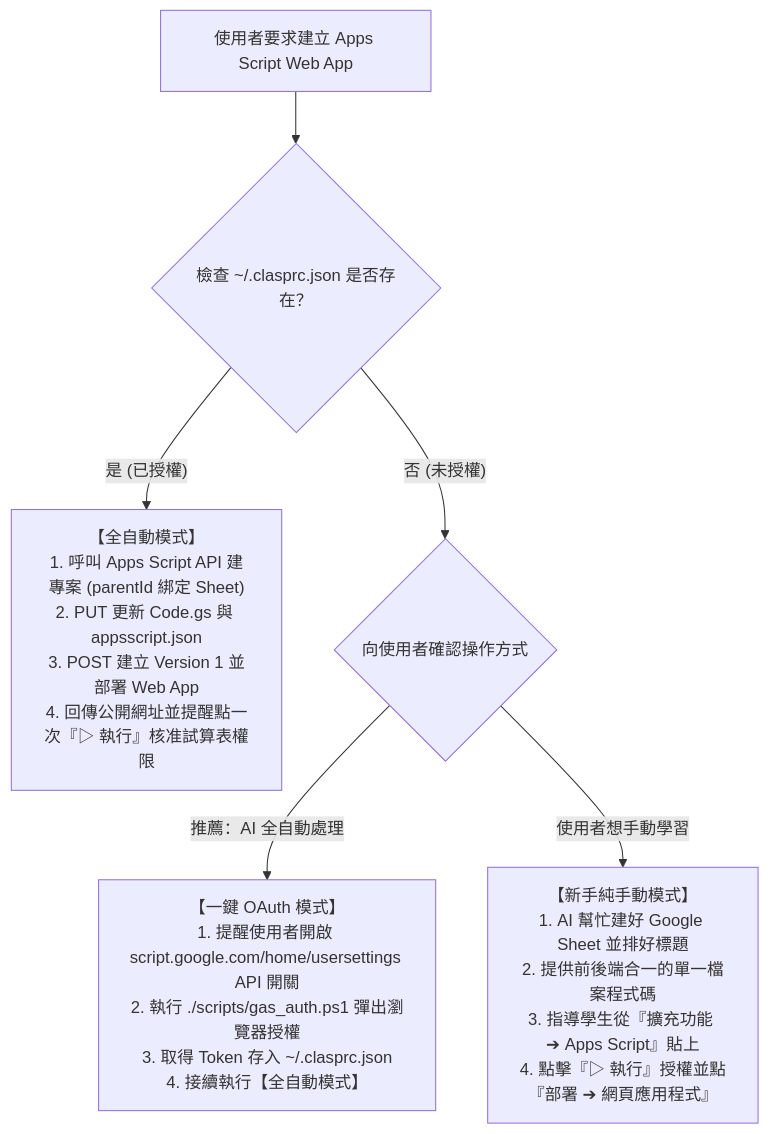
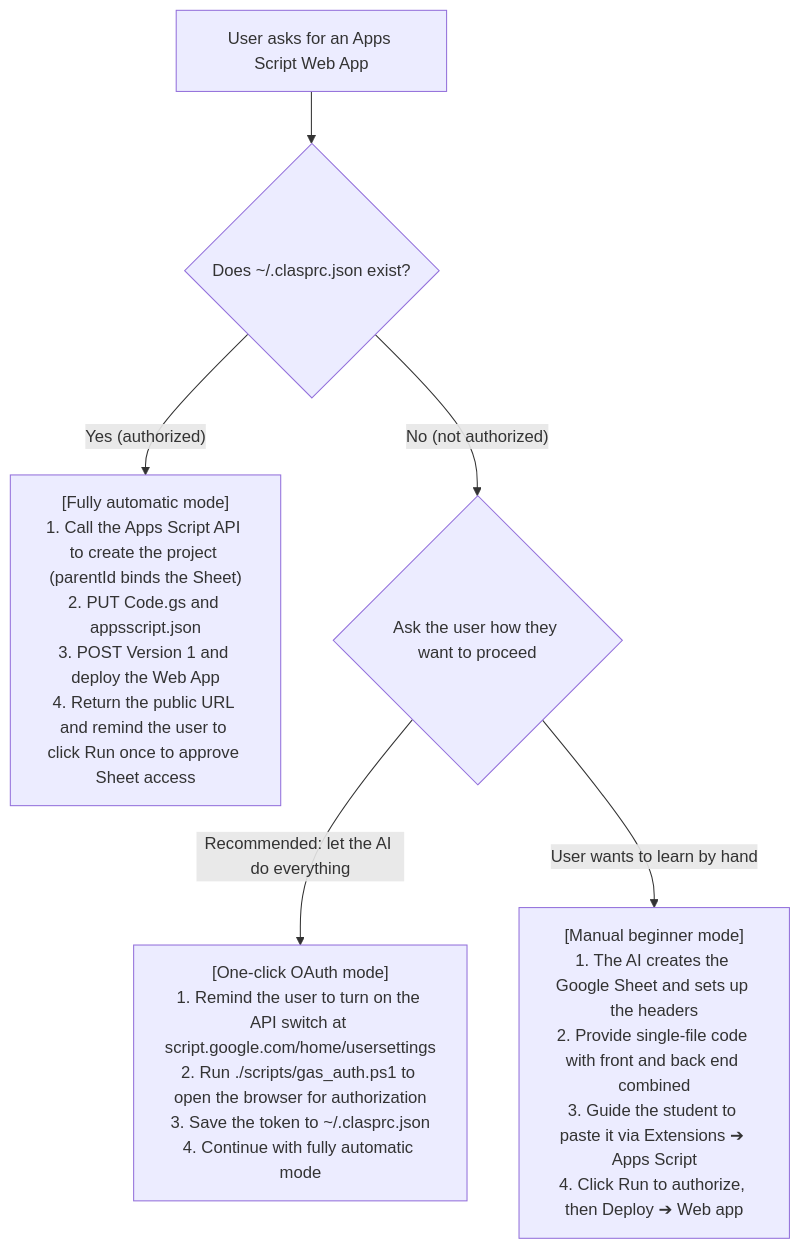
The diagram in SKILL.md (nutcelvischen-jpg/appscript_skill), drawn with Mermaid before and after one commit. The commit also changed other lines of this file and 4 other files, not shown here.

First line of the commit message:
English version of the Apps Script skill

````diff
--- a/SKILL.md
+++ b/SKILL.md
@@ -29,12 +29,12 @@
 ```mermaid
 flowchart TD
-    Start["使用者要求建立 Apps Script Web App"] --> CheckAuth{"檢查 ~/.clasprc.json 是否存在？"}
-    
-    CheckAuth -- "是 (已授權)" --> StepAuto["【全自動模式】<br>1. 呼叫 Apps Script API 建專案 (parentId 綁定 Sheet)<br>2. PUT 更新 Code.gs 與 appsscript.json<br>3. POST 建立 Version 1 並部署 Web App<br>4. 回傳公開網址並提醒點一次『▷ 執行』核准試算表權限"]
-    
-    CheckAuth -- "否 (未授權)" --> AskMode{"向使用者確認操作方式"}
-    
-    AskMode -- "推薦：AI 全自動處理" --> StepOAuth["【一鍵 OAuth 模式】<br>1. 提醒使用者開啟 script.google.com/home/usersettings API 開關<br>2. 執行 ./scripts/gas_auth.ps1 彈出瀏覽器授權<br>3. 取得 Token 存入 ~/.clasprc.json<br>4. 接續執行【全自動模式】"]
-    
-    AskMode -- "使用者想手動學習" --> StepManual["【新手純手動模式】<br>1. AI 幫忙建好 Google Sheet 並排好標題<br>2. 提供前後端合一的單一檔案程式碼<br>3. 指導學生從『擴充功能 ➔ Apps Script』貼上<br>4. 點擊『▷ 執行』授權並點『部署 ➔ 網頁應用程式』"]
+    Start["User asks for an Apps Script Web App"] --> CheckAuth{"Does ~/.clasprc.json exist?"}
+
+    CheckAuth -- "Yes (authorized)" --> StepAuto["[Fully automatic mode]<br>1. Call the Apps Script API to create the project (parentId binds the Sheet)<br>2. PUT Code.gs and appsscript.json<br>3. POST Version 1 and deploy the Web App<br>4. Return the public URL and remind the user to click Run once to approve Sheet access"]
+
+    CheckAuth -- "No (not authorized)" --> AskMode{"Ask the user how they want to proceed"}
+
+    AskMode -- "Recommended: let the AI do everything" --> StepOAuth["[One-click OAuth mode]<br>1. Remind the user to turn on the API switch at script.google.com/home/usersettings<br>2. Run ./scripts/gas_auth.ps1 to open the browser for authorization<br>3. Save the token to ~/.clasprc.json<br>4. Continue with fully automatic mode"]
+
+    AskMode -- "User wants to learn by hand" --> StepManual["[Manual beginner mode]<br>1. The AI creates the Google Sheet and sets up the headers<br>2. Provide single-file code with front and back end combined<br>3. Guide the student to paste it via Extensions ➔ Apps Script<br>4. Click Run to authorize, then Deploy ➔ Web app"]
 ```
````
